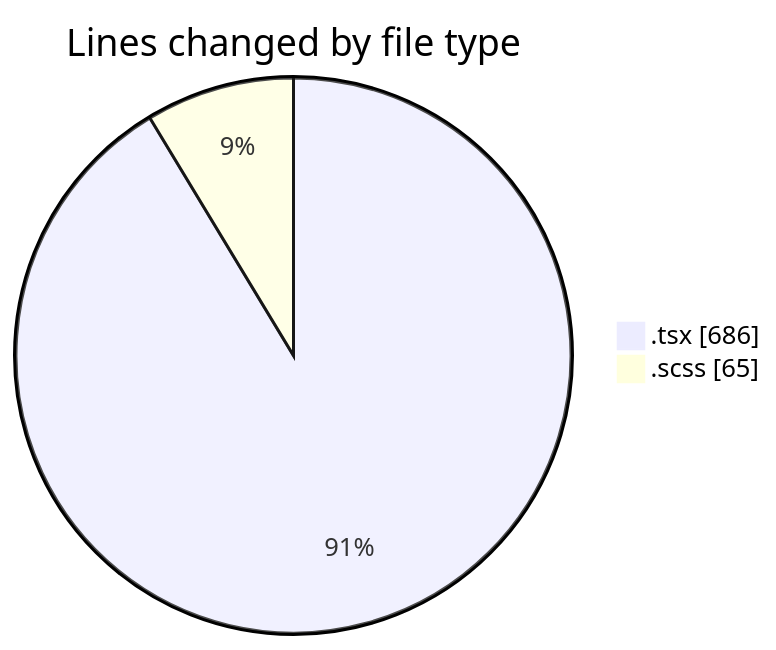
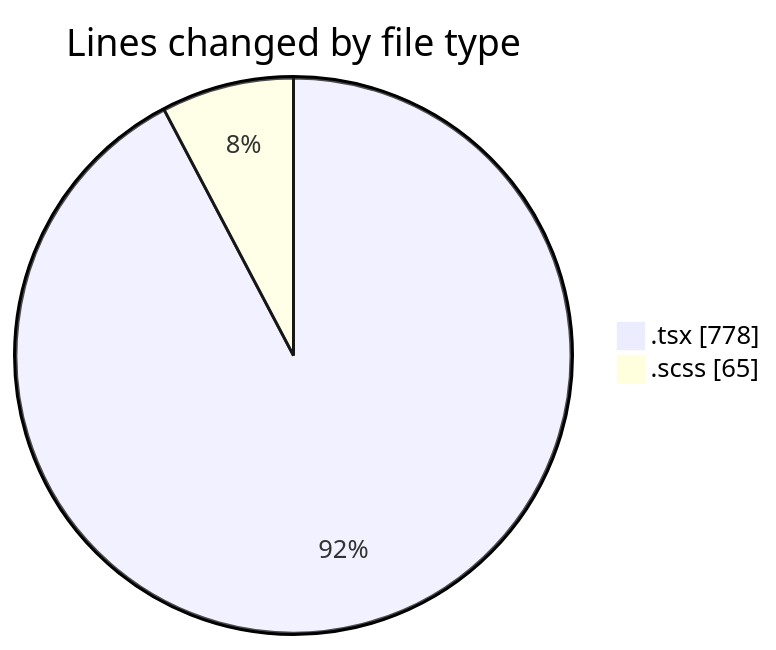
The first of 2 diagrams in 2025-04-10/cda/README.md (momahboobian/code-tracking), drawn with Mermaid before and after one commit. The commit also changed other lines of this file and 1 other file, not shown here.

````diff
--- a/2025-04-10/cda/README.md
+++ b/2025-04-10/cda/README.md
@@ -22,6 +22,6 @@
 ```mermaid
 pie showData
 title Lines changed by file type
-".tsx" : 686
+".tsx" : 778
 ".scss" : 65
 ```
````
